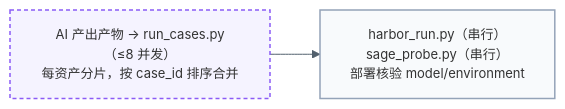
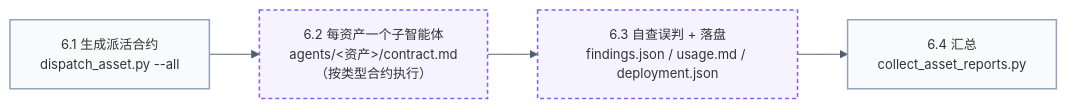
Before and after one commit to KnowledgeXLab/sci-asset-verify-skill: the second of 3 diagrams in README.md, drawn with Mermaid. The commit also changed other lines of this file, not shown here.

````diff
--- a/README.md
+++ b/README.md
@@ -215,10 +201,10 @@
-    ```mermaid
-    %%{init: {"theme": "base", "themeVariables": {"fontSize": "13px", "lineColor": "#52606d"}}}%%
-    flowchart LR
-        S2["AI 产出产物 → run_cases.py（≤8 并发）<br/>每资产分片，按 case_id 排序合并"] --> S2b["harbor_run.py（串行）<br/>sage_probe.py（串行）<br/>部署核验 model/environment"]
+```mermaid
+%%{init: {"theme": "base", "themeVariables": {"fontSize": "13px", "lineColor": "#52606d"}}}%%
+flowchart LR
+    G0["6.1 生成派活合约<br/>dispatch_asset.py --all"] --> G1["6.2 每资产一个子智能体<br/>agents/<资产>/contract.md<br/>（按类型合约执行）"] --> G2["6.3 自查误判 + 落盘<br/>findings.json / usage.md / deployment.json"] --> G3["6.4 汇总<br/>collect_asset_reports.py"]
 
-        classDef script fill:#f8fafc,stroke:#94a3b8,stroke-width:1.5px;
-        classDef ai fill:#f5f3ff,stroke:#8b5cf6,stroke-width:1.5px,stroke-dasharray:4 3;
-        class S2 ai;
-        class S2b script;
-    ```
+    classDef script fill:#f8fafc,stroke:#94a3b8,stroke-width:1.5px;
+    classDef ai fill:#f5f3ff,stroke:#8b5cf6,stroke-width:1.5px,stroke-dasharray:4 3;
+    class G0,G3 script
+    class G1,G2 ai
+```
````
